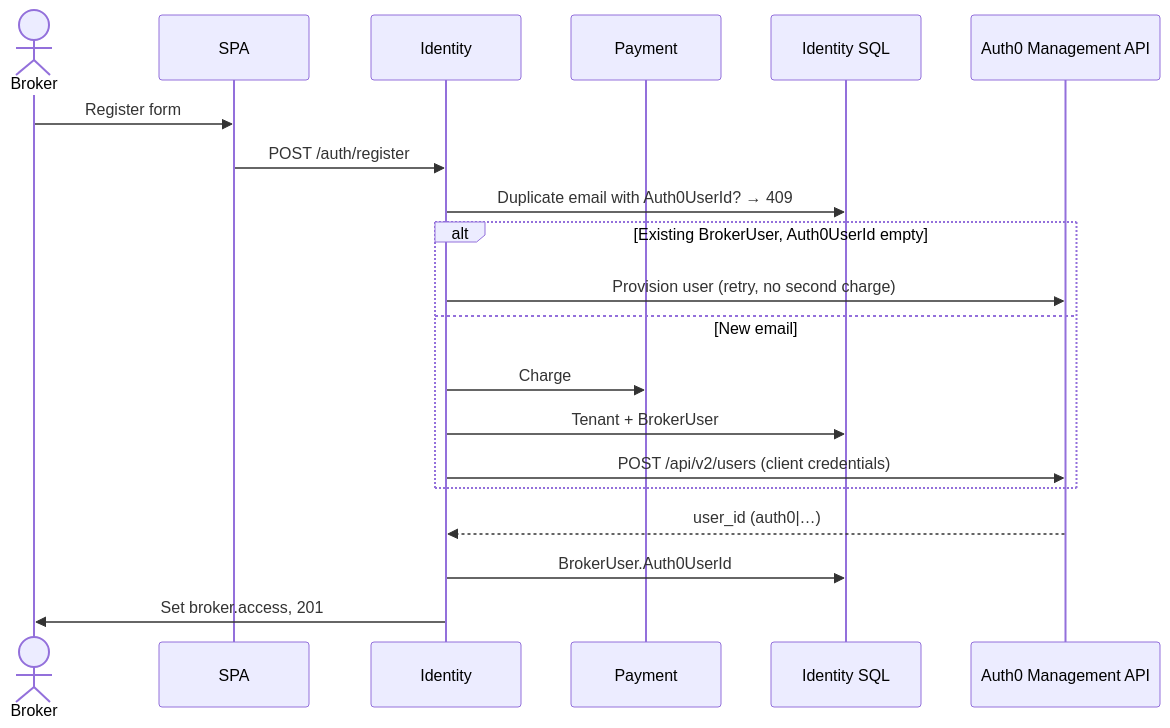
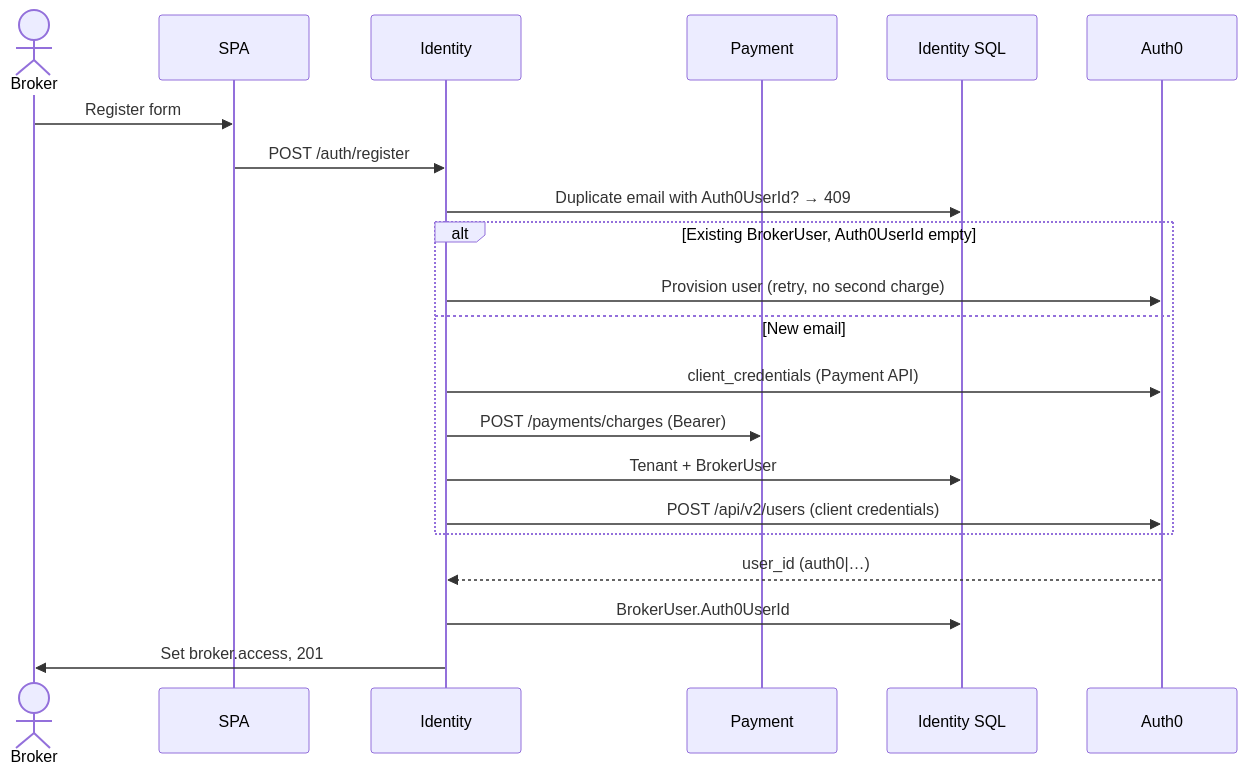
Before and after one commit to janitha000/broker-platform-api: the fourth of 5 diagrams in AUTH.md, drawn with Mermaid. The commit also changed other lines of this file and 9 other files, not shown here.

Commit message:
[ADD] Implement idetity -> payment auth

````diff
--- a/AUTH.md
+++ b/AUTH.md
@@ -188,23 +208,24 @@
 ```mermaid
 sequenceDiagram
     actor Broker
     participant SPA
     participant Identity
     participant Payment
     participant DB as Identity SQL
-    participant Auth0 as Auth0 Management API
+    participant Auth0
 
     Broker->>SPA: Register form
     SPA->>Identity: POST /auth/register
     Identity->>DB: Duplicate email with Auth0UserId? → 409
     alt Existing BrokerUser, Auth0UserId empty
         Identity->>Auth0: Provision user (retry, no second charge)
     else New email
-        Identity->>Payment: Charge
+        Identity->>Auth0: client_credentials (Payment API)
+        Identity->>Payment: POST /payments/charges (Bearer)
         Identity->>DB: Tenant + BrokerUser
         Identity->>Auth0: POST /api/v2/users (client credentials)
     end
     Auth0-->>Identity: user_id (auth0|…)
     Identity->>DB: BrokerUser.Auth0UserId
     Identity->>Broker: Set broker.access, 201
 ```
````
